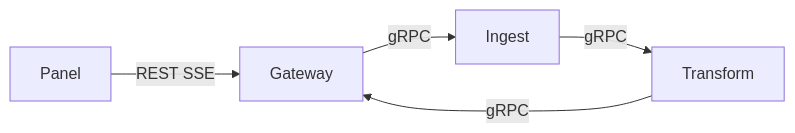
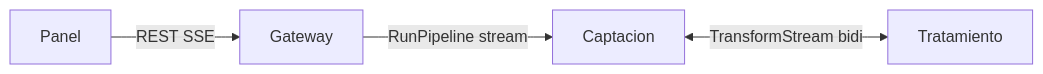
One commit to cccg8105/cccg_grpc_demo changed the fourth of 7 diagrams in presentation/grpc-intro.qmd. Above: the diagram before and after it, drawn with Mermaid. The commit also changed other lines of this file and 46 other files, not shown here.

````diff
--- a/presentation/grpc-intro.qmd
+++ b/presentation/grpc-intro.qmd
@@ -189,7 +190,6 @@
 ```{mermaid}
 flowchart LR
   Panel[Panel] -->|"REST SSE"| GW[Gateway]
-  GW -->|"gRPC"| ING[Ingest]
-  ING -->|"gRPC"| TRF[Transform]
-  TRF -->|"gRPC"| GW
+  GW -->|"RunPipeline stream"| ING[Captacion]
+  ING <-->|"TransformStream bidi"| TRF[Tratamiento]
 ```
````
